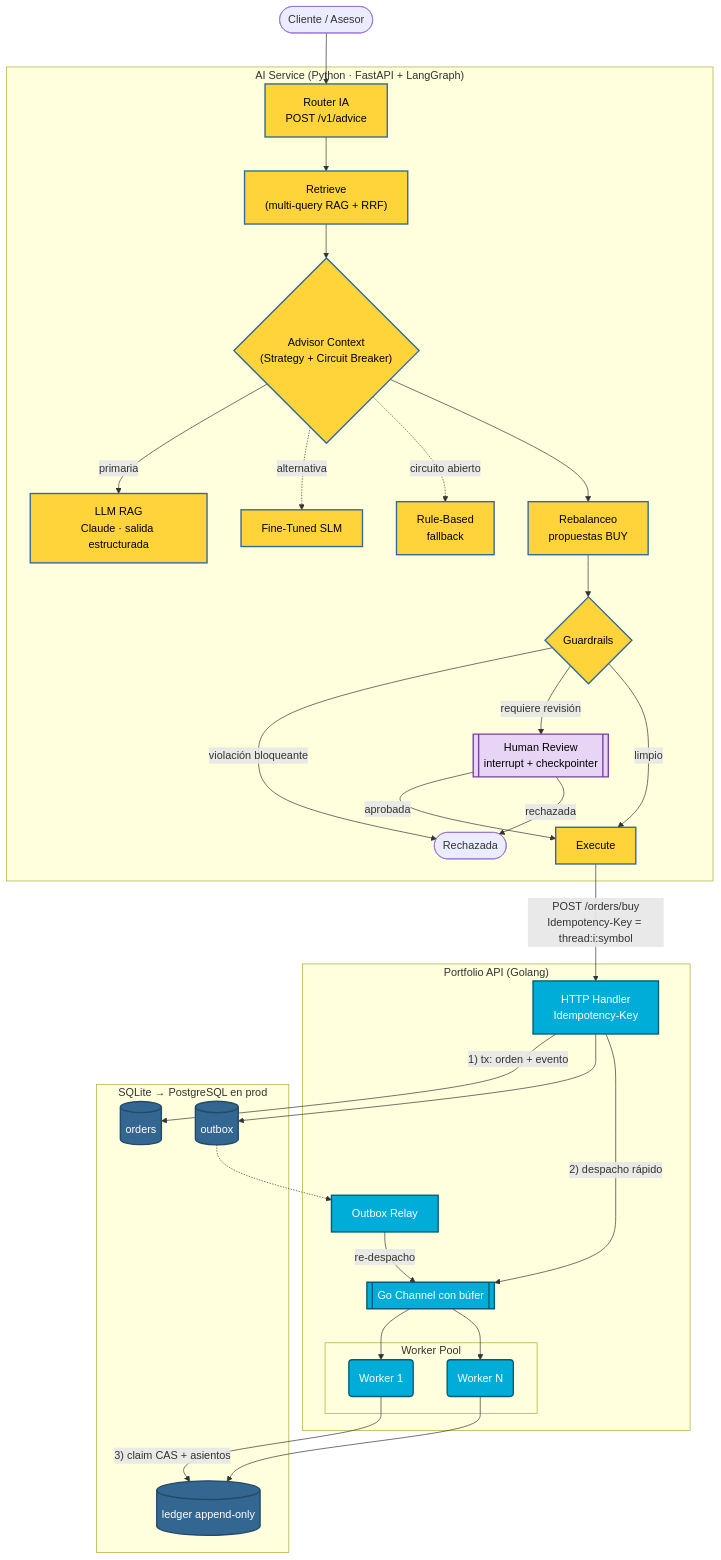
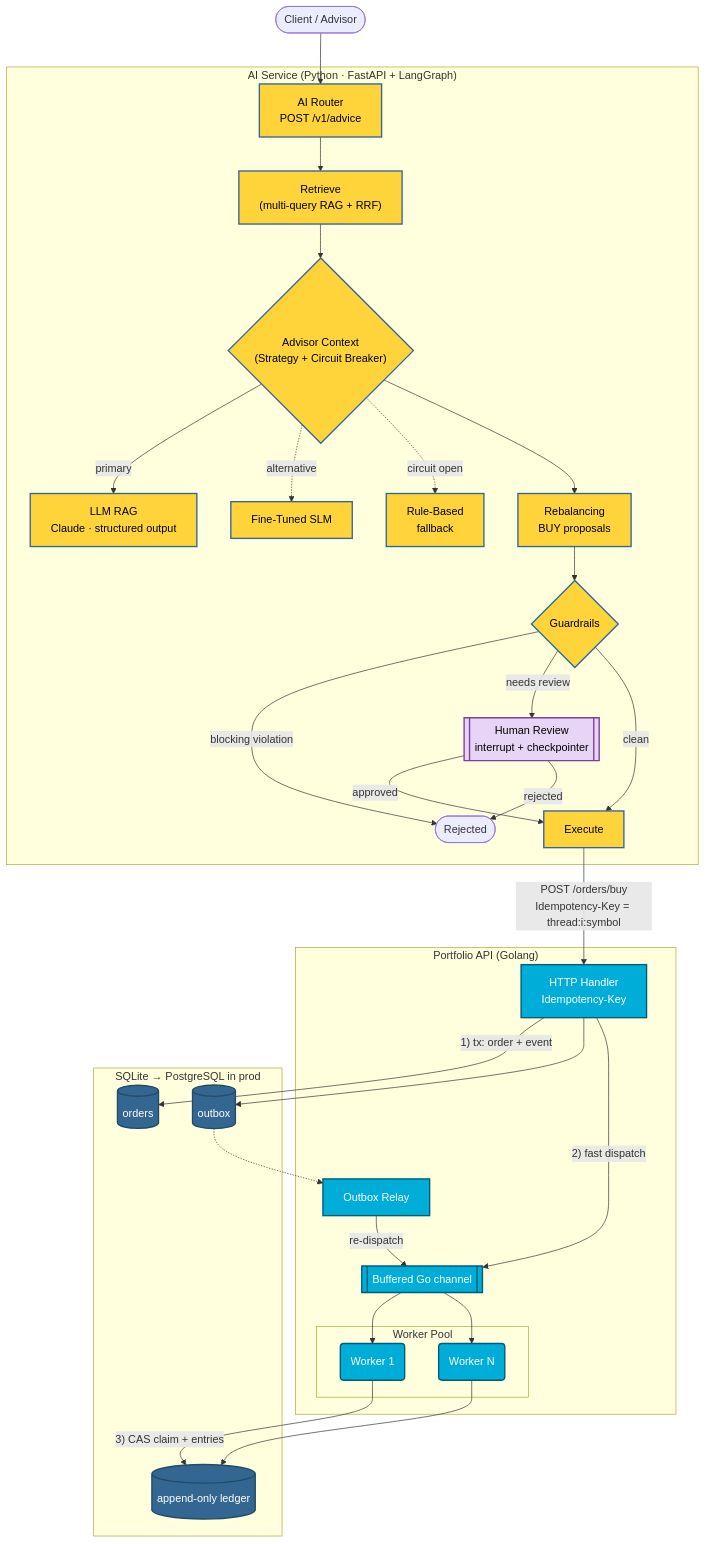
The first of 5 diagrams in docs/architecture-design.md (ggonzalez36/AI-Advisor), drawn with Mermaid before and after one commit. The commit also changed other lines of this file and 50 other files, not shown here.

First line of the commit message:
docs: translate the repository to English and add architecture guides

````diff
--- a/docs/architecture-design.md
+++ b/docs/architecture-design.md
@@ -19,66 +19,66 @@
 ```mermaid
 graph TD
-    Client([Cliente / Asesor]) --> AI_API
+    Client([Client / Advisor]) --> AI_API
 
     subgraph Python_AI ["AI Service (Python · FastAPI + LangGraph)"]
-        AI_API[Router IA<br/>POST /v1/advice]
+        AI_API[AI Router<br/>POST /v1/advice]
         Retrieve["Retrieve<br/>(multi-query RAG + RRF)"]
         Assess{"Advisor Context<br/>(Strategy + Circuit Breaker)"}
-        S_LLM[LLM RAG<br/>Claude · salida estructurada]
+        S_LLM[LLM RAG<br/>Claude · structured output]
         S_SLM[Fine-Tuned SLM]
         S_Rule[Rule-Based<br/>fallback]
-        Propose[Rebalanceo<br/>propuestas BUY]
+        Propose[Rebalancing<br/>BUY proposals]
         Guard{Guardrails}
         HITL[[Human Review<br/>interrupt + checkpointer]]
         Exec[Execute]
-        Reject([Rechazada])
+        Reject([Rejected])
     end
 
     subgraph Go_Backend ["Portfolio API (Golang)"]
         Handler["HTTP Handler<br/>Idempotency-Key"]
-        Channel[[Go Channel con búfer]]
+        Channel[[Buffered Go channel]]
         Relay[Outbox Relay]
         subgraph Worker_Pool ["Worker Pool"]
             W1(Worker 1)
             WN(Worker N)
         end
     end
 
-    subgraph Database ["SQLite → PostgreSQL en prod"]
+    subgraph Database ["SQLite → PostgreSQL in prod"]
         Orders[(orders)]
         Outbox[(outbox)]
-        Ledger[(ledger append-only)]
+        Ledger[(append-only ledger)]
     end
 
     AI_API --> Retrieve --> Assess
-    Assess -->|primaria| S_LLM
-    Assess -.->|alternativa| S_SLM
-    Assess -.->|circuito abierto| S_Rule
+    Assess -->|primary| S_LLM
+    Assess -.->|alternative| S_SLM
+    Assess -.->|circuit open| S_Rule
     Assess --> Propose --> Guard
-    Guard -->|violación bloqueante| Reject
-    Guard -->|requiere revisión| HITL
-    Guard -->|limpio| Exec
-    HITL -->|aprobada| Exec
-    HITL -->|rechazada| Reject
+    Guard -->|blocking violation| Reject
+    Guard -->|needs review| HITL
+    Guard -->|clean| Exec
+    HITL -->|approved| Exec
+    HITL -->|rejected| Reject
 
     Exec -->|"POST /orders/buy<br/>Idempotency-Key = thread:i:symbol"| Handler
-    Handler -->|"1) tx: orden + evento"| Orders
+    Handler -->|"1) tx: order + event"| Orders
     Handler --> Outbox
-    Handler -->|"2) despacho rápido"| Channel
-    Relay -->|re-despacho| Channel
+    Handler -->|"2) fast dispatch"| Channel
+    Relay -->|re-dispatch| Channel
     Outbox -.-> Relay
     Channel --> W1
     Channel --> WN
-    W1 -->|"3) claim CAS + asientos"| Ledger
+    W1 -->|"3) CAS claim + entries"| Ledger
     WN --> Ledger
 
     classDef go fill:#00ADD8,stroke:#005d73,stroke-width:2px,color:white;
     classDef python fill:#FFD43B,stroke:#306998,stroke-width:2px,color:black;
     classDef db fill:#336791,stroke:#234a68,stroke-width:2px,color:white;
     classDef human fill:#e8d5f5,stroke:#7b3fa0,stroke-width:2px,color:black;
 
     class Handler,Channel,Relay,W1,WN go;
     class AI_API,Retrieve,Assess,S_LLM,S_SLM,S_Rule,Propose,Guard,Exec python;
     class Orders,Outbox,Ledger db;
     class HITL human;
 ```
````
